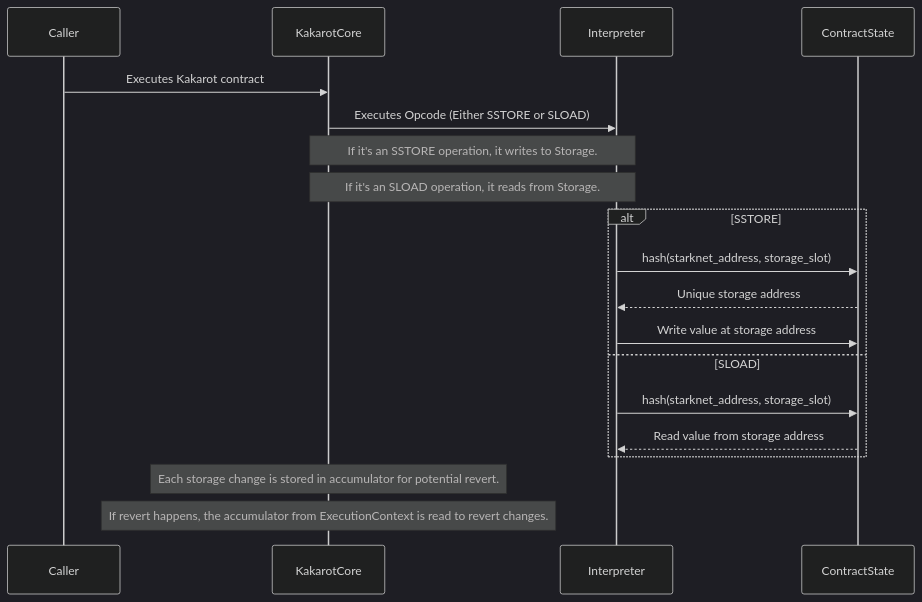
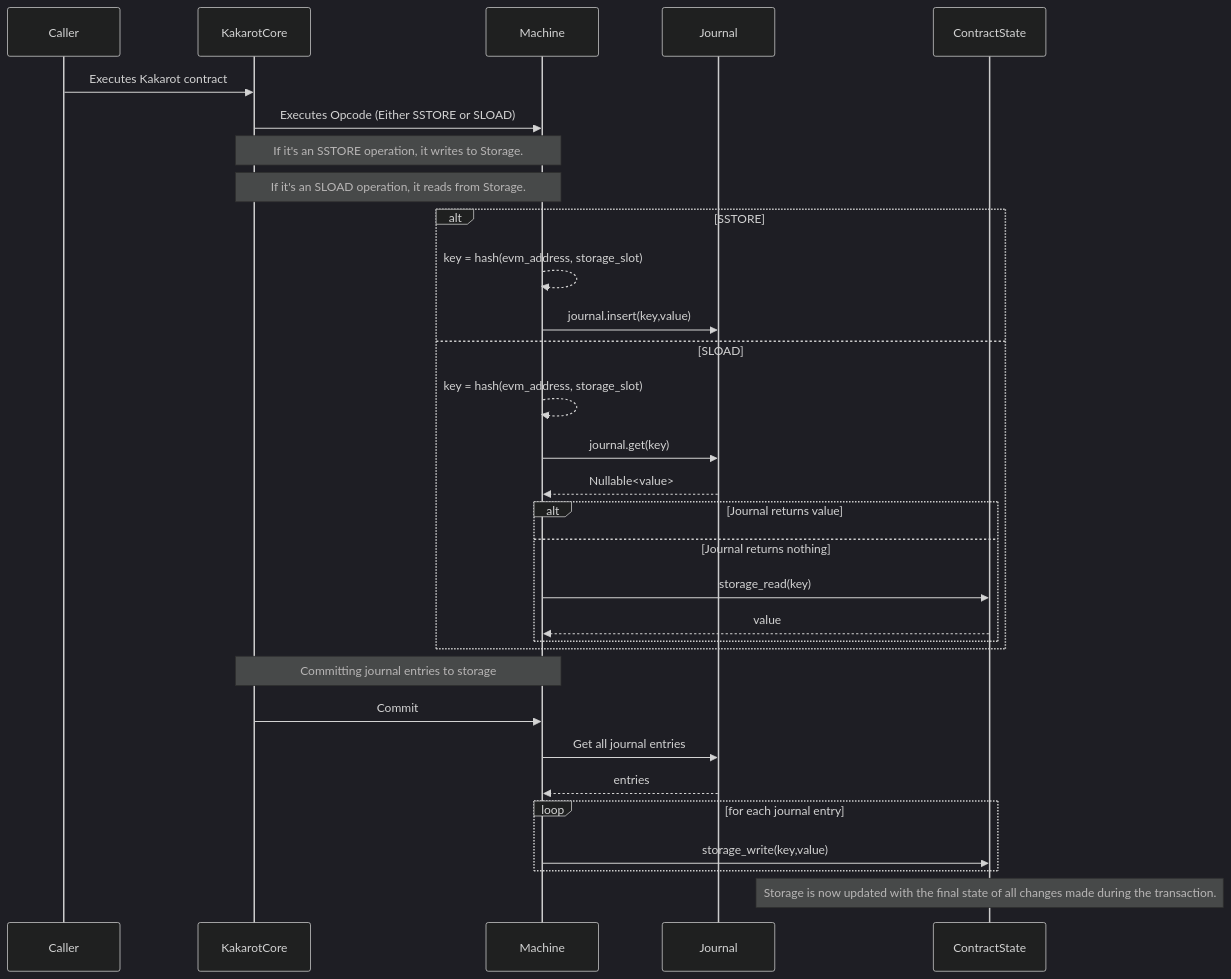
One commit to kkrt-labs/kakarot-ssj changed the second of 2 diagrams in docs/general/model/contract_storage.md. Above: the diagram before and after it, drawn with Mermaid (dark theme). The commit also changed other lines of this file and 1 other file, not shown here.

Commit message:
docs: add diagrams and illustrations

````diff
--- a/docs/general/model/contract_storage.md
+++ b/docs/general/model/contract_storage.md
@@ -107,26 +138,38 @@
 ```mermaid
 sequenceDiagram
     participant C as Caller
     participant K as KakarotCore
-    participant M as Interpreter
+    participant M as Machine
+    participant J as Journal
     participant S as ContractState
 
     C->>K: Executes Kakarot contract
     K->>M: Executes Opcode (Either SSTORE or SLOAD)
 
     Note over K,M: If it's an SSTORE operation, it writes to Storage.
     Note over K,M: If it's an SLOAD operation, it reads from Storage.
 
     alt SSTORE
-        M->>S: hash(starknet_address, storage_slot)
-        S-->>M: Unique storage address
-        M->>S: Write value at storage address
+        M-->>M: key = hash(evm_address, storage_slot)
+        M->>J: journal.insert(key,value)
     else SLOAD
-        M->>S: hash(starknet_address, storage_slot)
-        S-->>M: Read value from storage address
+        M-->>M: key = hash(evm_address, storage_slot)
+        M->>J: journal.get(key)
+        J -->> M: Nullable<value>
+        alt Journal returns value
+
+        else Journal returns nothing
+            M->>S: storage_read(key)
+            S-->>M: value
+        end
+    end
+    Note over K,M: Committing journal entries to storage
+    K->>M: Commit
+    M->>J: Get all journal entries
+    J -->>M: entries
+    loop for each journal entry
+        M->>S: storage_write(key,value)
     end
 
-    Note over K: Each storage change is stored in accumulator for potential revert.
-    Note over K: If revert happens, the accumulator from ExecutionContext is read to revert changes.
-
+    Note over S: Storage is now updated with the final state of all changes made during the transaction.
 ```
````
